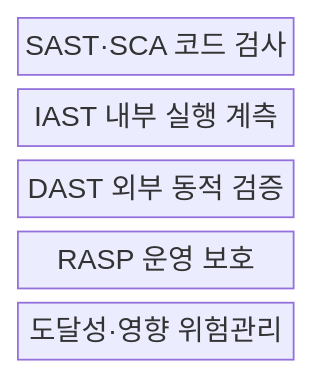
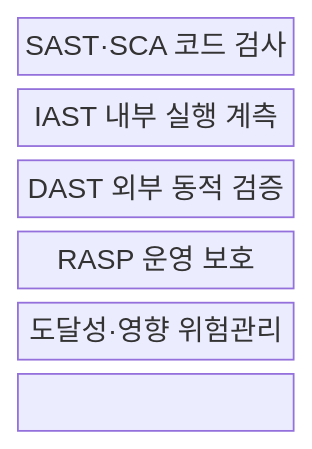
One commit to agnusdei1207/knowledge-base changed the first of 2 diagrams in src/content/docs/notes/05-security/145_sast_dast_iast_rasp.md. Above: the diagram before and after it, drawn with Mermaid. The commit also changed other lines of this file and 151 other files, not shown here.

````diff
--- a/src/content/docs/notes/05-security/145_sast_dast_iast_rasp.md
+++ b/src/content/docs/notes/05-security/145_sast_dast_iast_rasp.md
@@ -55,9 +55,11 @@
 ```mermaid
 block-beta
   columns 1
   S["SAST·SCA 코드 검사"]
   I["IAST 내부 실행 계측"]
   D["DAST 외부 동적 검증"]
   R["RASP 운영 보호"]
   M["도달성·영향 위험관리"]
+  S --- I --- D
+  D --- R --- M
 ```
````
